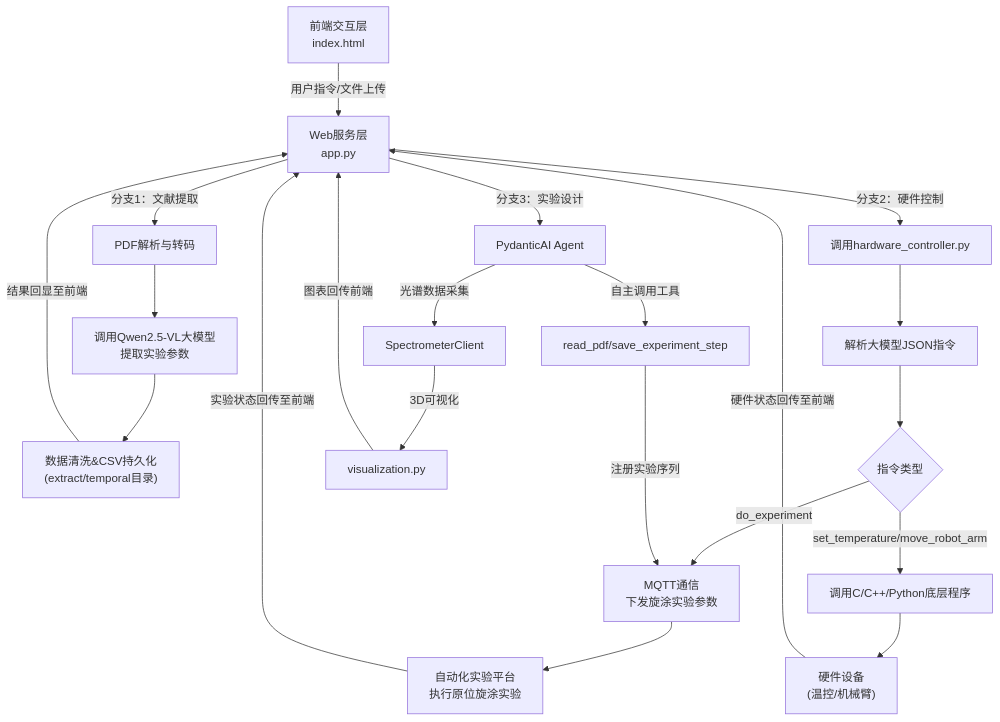
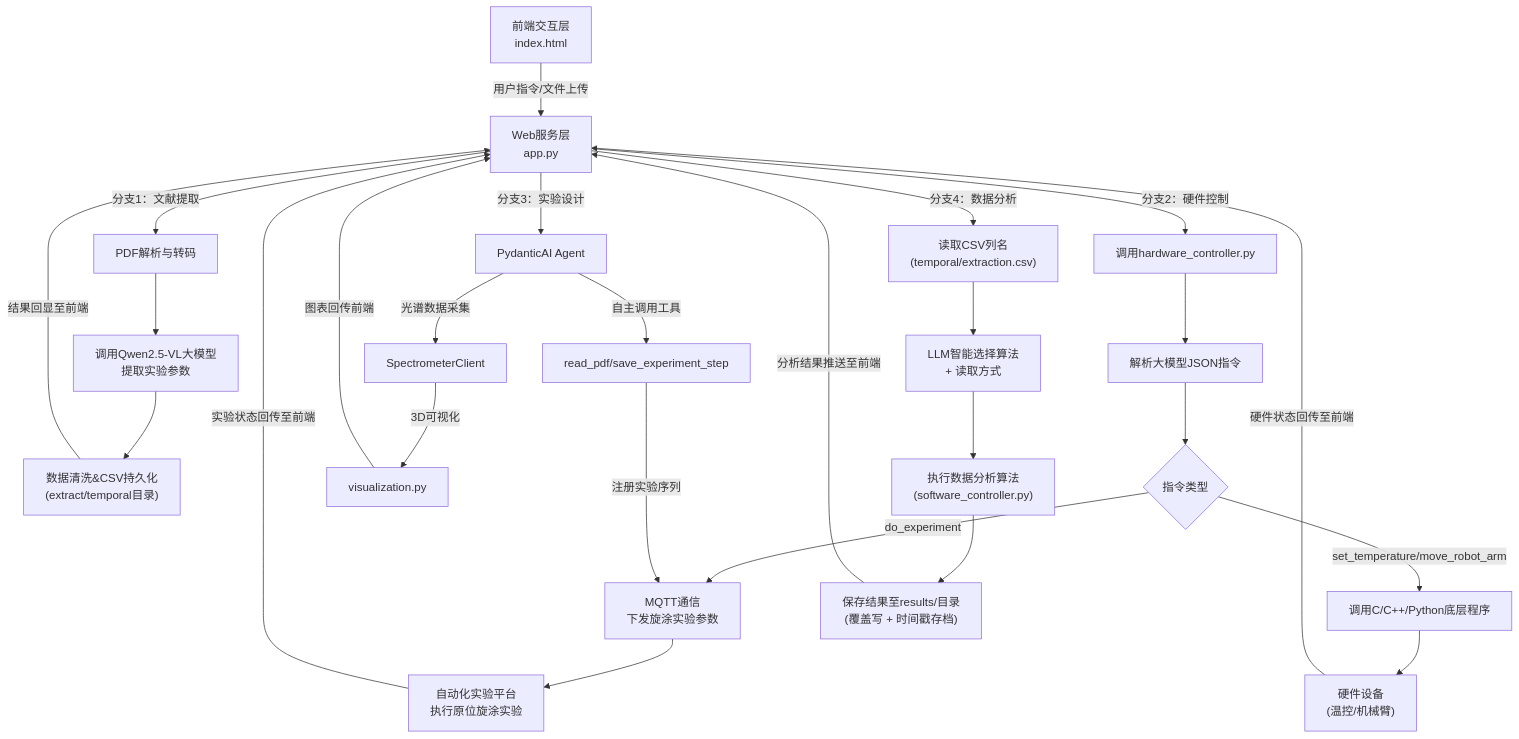
One commit to laikaixiang/SDL_agent changed the diagram in README.md. Above: the diagram before and after it, drawn with Mermaid. The commit also changed other lines of this file and 23 other files, not shown here.

````diff
--- a/README.md
+++ b/README.md
@@ -11,32 +11,39 @@
 ```mermaid
 flowchart TD
     A["前端交互层<br/>index.html"] -->|用户指令/文件上传| B["Web服务层<br/>app.py"]
 
     %% 文献提取分支
     B -->|分支1：文献提取| C["PDF解析与转码"]
     C --> D["调用Qwen2.5-VL大模型<br/>提取实验参数"]
     D --> E["数据清洗&CSV持久化<br/>(extract/temporal目录)"]
     E -->|结果回显至前端| B
 
     %% 硬件控制分支
     B -->|分支2：硬件控制| F["调用hardware_controller.py"]
     F --> G["解析大模型JSON指令"]
     G --> H{"指令类型"}
 
     %% 指令类型分支
     H -->|do_experiment| I["MQTT通信<br/>下发旋涂实验参数"]
     I --> K["自动化实验平台<br/>执行原位旋涂实验"]
     K -->|实验状态回传至前端| B
 
     H -->|set_temperature/move_robot_arm| J["调用C/C++/Python底层程序"]
     J --> L["硬件设备<br/>(温控/机械臂)"]
     L -->|硬件状态回传至前端| B
 
     %% 实验设计Agent分支
     B -->|分支3：实验设计| M["PydanticAI Agent"]
     M -->|自主调用工具| N["read_pdf/save_experiment_step"]
     N -->|注册实验序列| I
     M -->|光谱数据采集| O["SpectrometerClient"]
     O -->|3D可视化| P["visualization.py"]
     P -->|图表回传前端| B
+
+    %% 数据分析分支
+    B -->|分支4：数据分析| Q["读取CSV列名<br/>(temporal/extraction.csv)"]
+    Q --> R["LLM智能选择算法<br/>+ 读取方式"]
+    R --> S["执行数据分析算法<br/>(software_controller.py)"]
+    S --> T["保存结果至results/目录<br/>(覆盖写 + 时间戳存档)"]
+    T -->|分析结果推送至前端| B
 ```
````
